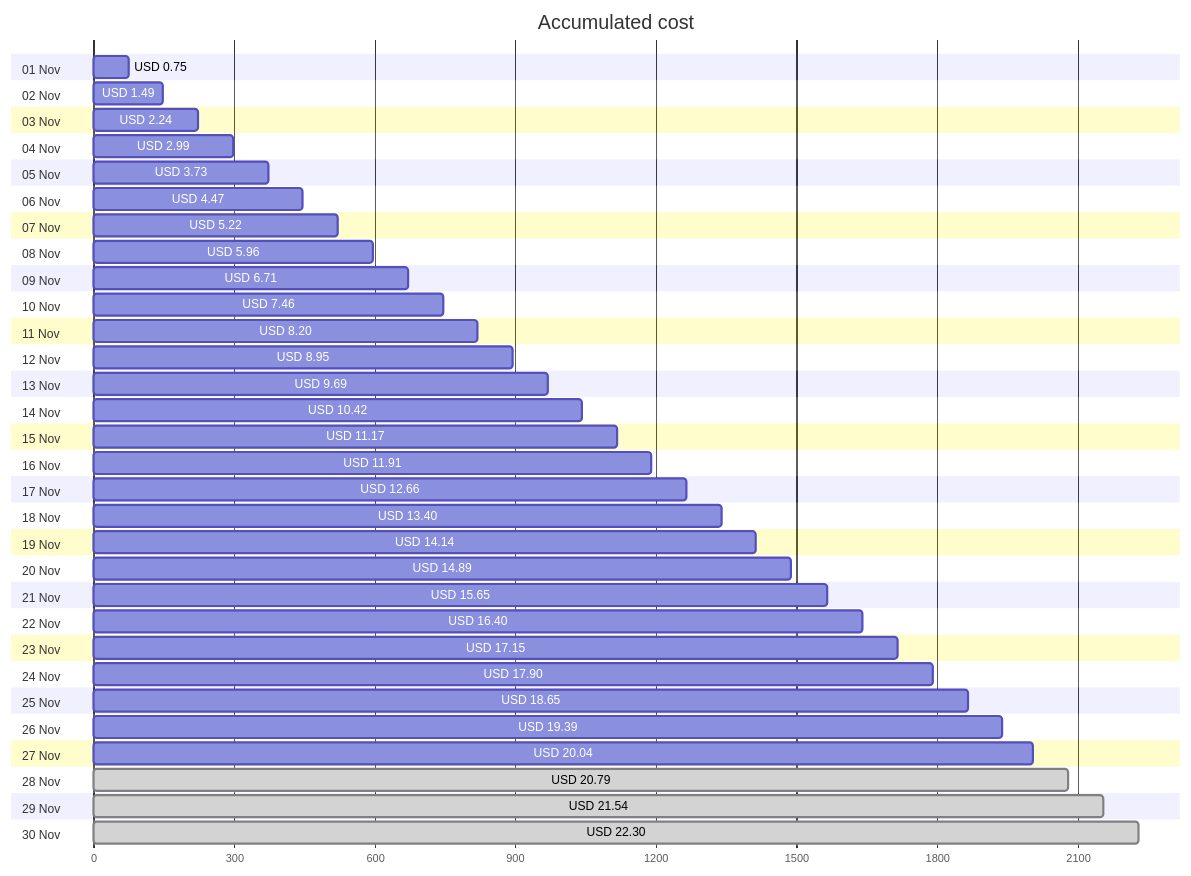
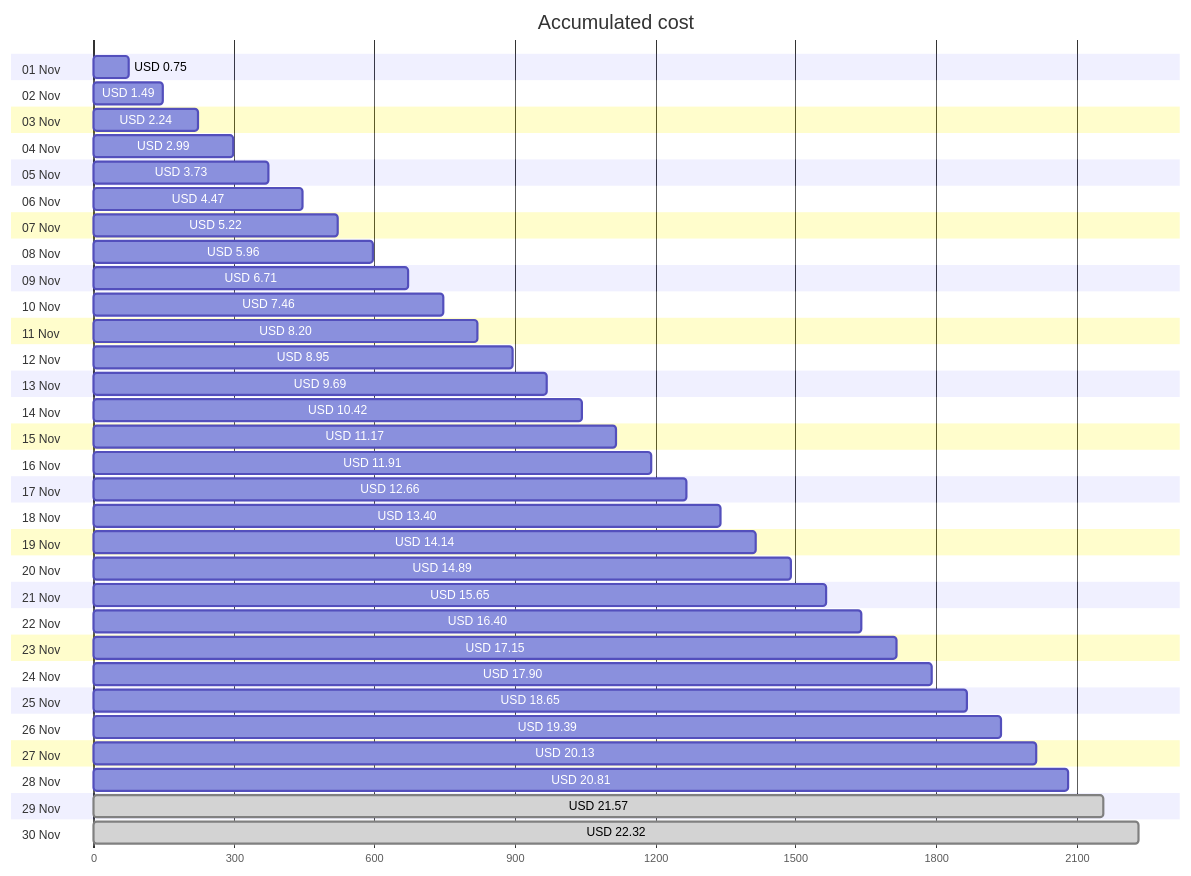
One commit to jpfulton/azure-personal-reports changed the first of 4 diagrams in cost-reports/personal-network/backup-server-data-disk.md. Above: the diagram before and after it, drawn with Mermaid. The commit also changed other lines of this file and 8 other files, not shown here.

````diff
--- a/cost-reports/personal-network/backup-server-data-disk.md
+++ b/cost-reports/personal-network/backup-server-data-disk.md
@@ -20,66 +20,66 @@
 ```mermaid
 gantt
    title Accumulated cost
    dateFormat  X
    axisFormat %s
    section 01 Nov
    USD 0.75 :0, 75
    section 02 Nov
    USD 1.49 :0, 149
    section 03 Nov
    USD 2.24 :0, 224
    section 04 Nov
    USD 2.99 :0, 299
    section 05 Nov
    USD 3.73 :0, 373
    section 06 Nov
    USD 4.47 :0, 447
    section 07 Nov
    USD 5.22 :0, 522
    section 08 Nov
    USD 5.96 :0, 596
    section 09 Nov
    USD 6.71 :0, 671
    section 10 Nov
    USD 7.46 :0, 746
    section 11 Nov
    USD 8.20 :0, 820
    section 12 Nov
    USD 8.95 :0, 895
    section 13 Nov
    USD 9.69 :0, 969
    section 14 Nov
    USD 10.42 :0, 1042
    section 15 Nov
    USD 11.17 :0, 1117
    section 16 Nov
    USD 11.91 :0, 1191
    section 17 Nov
    USD 12.66 :0, 1266
    section 18 Nov
    USD 13.40 :0, 1340
    section 19 Nov
    USD 14.14 :0, 1414
    section 20 Nov
    USD 14.89 :0, 1489
    section 21 Nov
    USD 15.65 :0, 1565
    section 22 Nov
    USD 16.40 :0, 1640
    section 23 Nov
    USD 17.15 :0, 1715
    section 24 Nov
    USD 17.90 :0, 1790
    section 25 Nov
    USD 18.65 :0, 1865
    section 26 Nov
    USD 19.39 :0, 1939
    section 27 Nov
-   USD 20.04 :0, 2004
+   USD 20.13 :0, 2013
    section 28 Nov
-   USD 20.79 : done, 0, 2079
+   USD 20.81 :0, 2081
    section 29 Nov
-   USD 21.54 : done, 0, 2154
+   USD 21.57 : done, 0, 2157
    section 30 Nov
-   USD 22.30 : done, 0, 2230
+   USD 22.32 : done, 0, 2232
 ```
````
